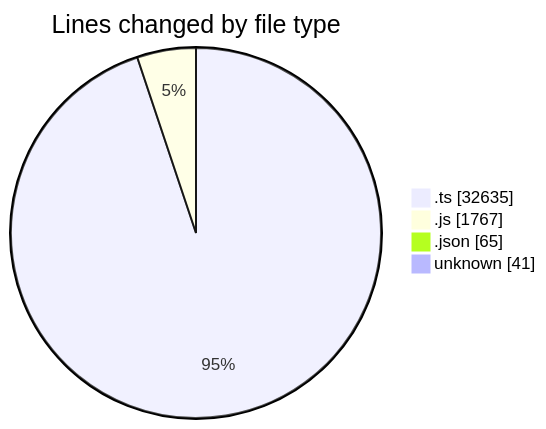
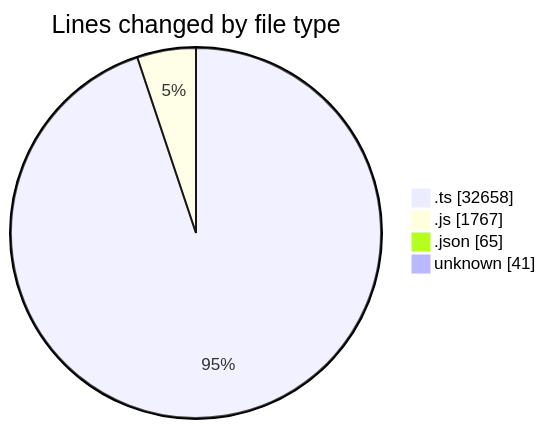
One commit to momahboobian/code-tracking changed the first of 2 diagrams in 2025-07-31/cda/README.md. Above: the diagram before and after it, drawn with Mermaid. The commit also changed other lines of this file and 1 other file, not shown here.

````diff
--- a/2025-07-31/cda/README.md
+++ b/2025-07-31/cda/README.md
@@ -30,8 +30,8 @@
 ```mermaid
 pie showData
 title Lines changed by file type
-".ts" : 32635
+".ts" : 32658
 ".js" : 1767
 ".json" : 65
 "unknown" : 41
 ```
````
